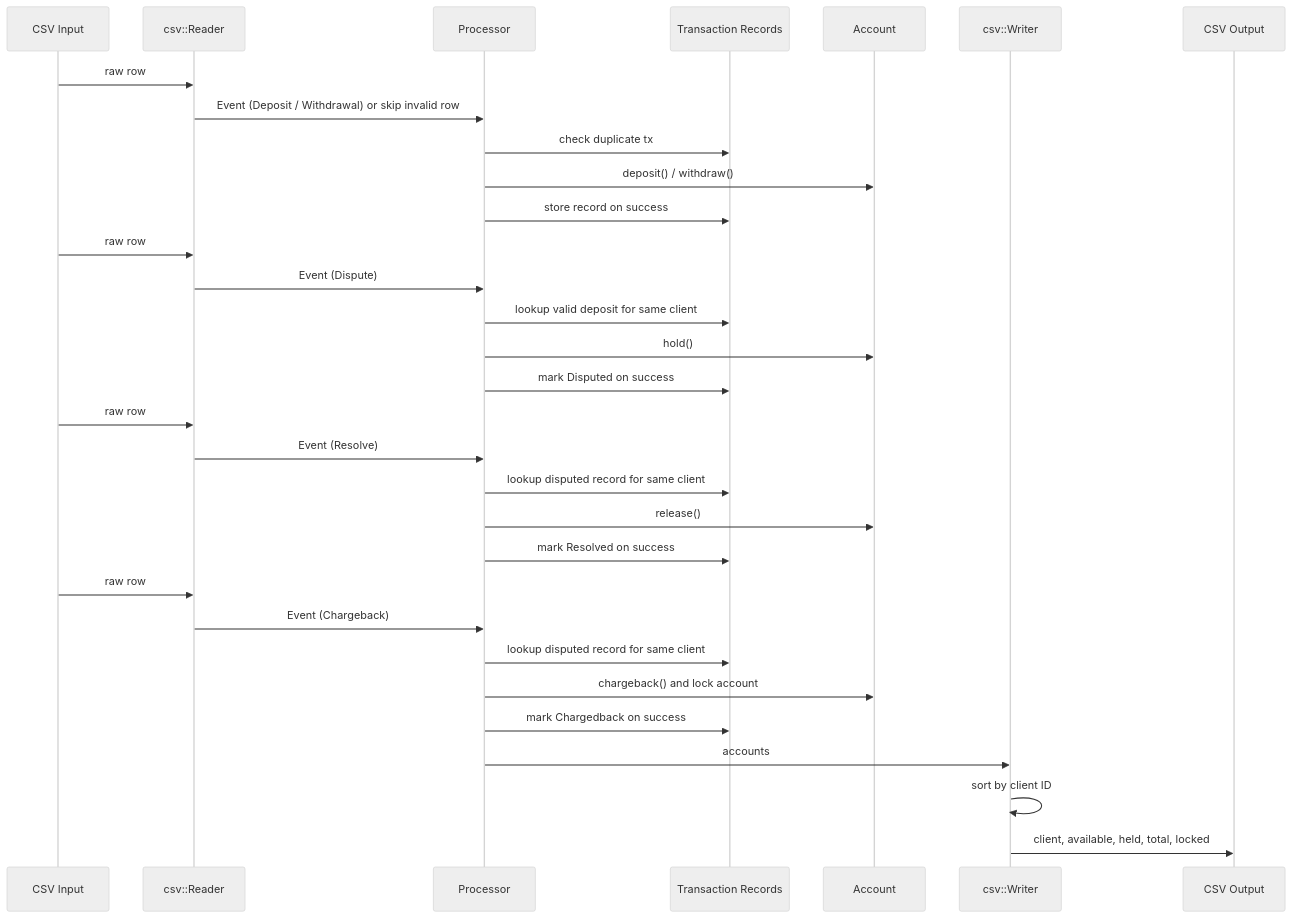
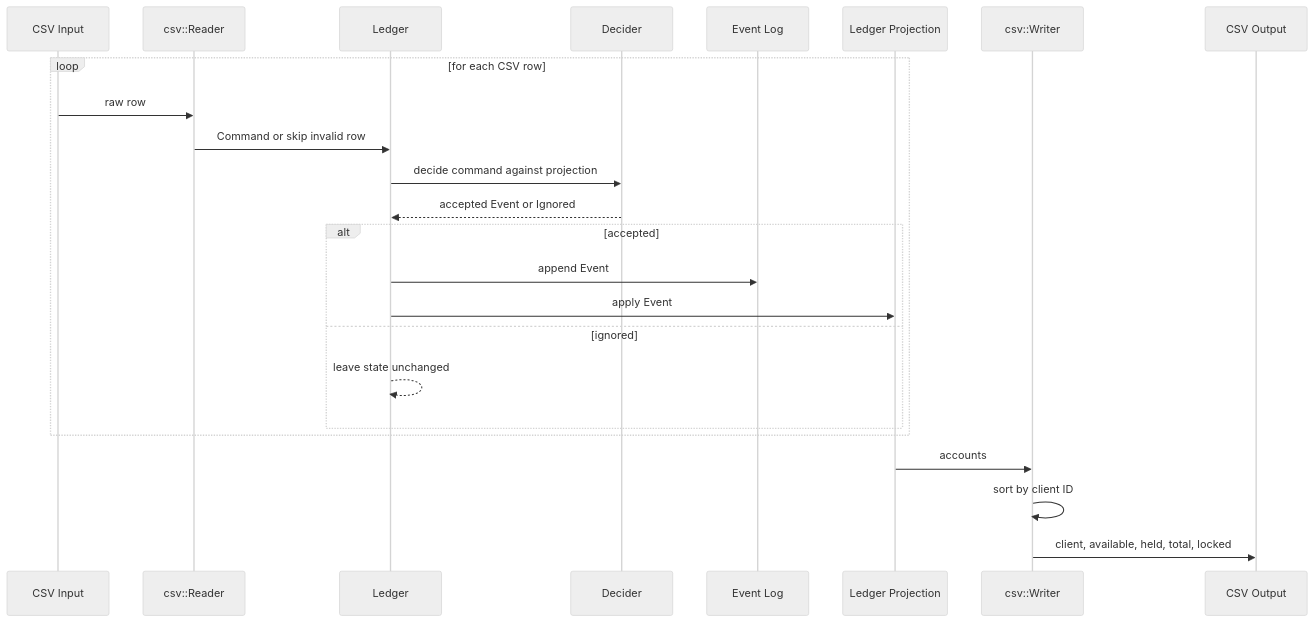
Before and after one commit to leonardorudolfocardoso/themis: the diagram in README.md, drawn with Mermaid (neutral theme). The commit also changed other lines of this file and 5 other files, not shown here.

Commit message:
refactor: rename processor facade to ledger

````diff
--- a/README.md
+++ b/README.md
@@ -75,38 +75,28 @@
 ```mermaid
 sequenceDiagram
     participant CSV as CSV Input
     participant Reader as csv::Reader
-    participant Processor
-    participant Records as Transaction Records
-    participant Account
+    participant Ledger
+    participant Decider
+    participant Log as Event Log
+    participant Projection as Ledger Projection
     participant Writer as csv::Writer
     participant Out as CSV Output
 
-    CSV->>Reader: raw row
-    Reader->>Processor: Event (Deposit / Withdrawal) or skip invalid row
-    Processor->>Records: check duplicate tx
-    Processor->>Account: deposit() / withdraw()
-    Processor->>Records: store record on success
+    loop for each CSV row
+        CSV->>Reader: raw row
+        Reader->>Ledger: Command or skip invalid row
+        Ledger->>Decider: decide command against projection
+        Decider-->>Ledger: accepted Event or Ignored
+        alt accepted
+            Ledger->>Log: append Event
+            Ledger->>Projection: apply Event
+        else ignored
+            Ledger-->>Ledger: leave state unchanged
+        end
+    end
 
-    CSV->>Reader: raw row
-    Reader->>Processor: Event (Dispute)
-    Processor->>Records: lookup valid deposit for same client
-    Processor->>Account: hold()
-    Processor->>Records: mark Disputed on success
-
-    CSV->>Reader: raw row
-    Reader->>Processor: Event (Resolve)
-    Processor->>Records: lookup disputed record for same client
-    Processor->>Account: release()
-    Processor->>Records: mark Resolved on success
-
-    CSV->>Reader: raw row
-    Reader->>Processor: Event (Chargeback)
-    Processor->>Records: lookup disputed record for same client
-    Processor->>Account: chargeback() and lock account
-    Processor->>Records: mark Chargedback on success
-
-    Processor->>Writer: accounts
+    Projection->>Writer: accounts
     Writer->>Writer: sort by client ID
     Writer->>Out: client, available, held, total, locked
 ```
````
